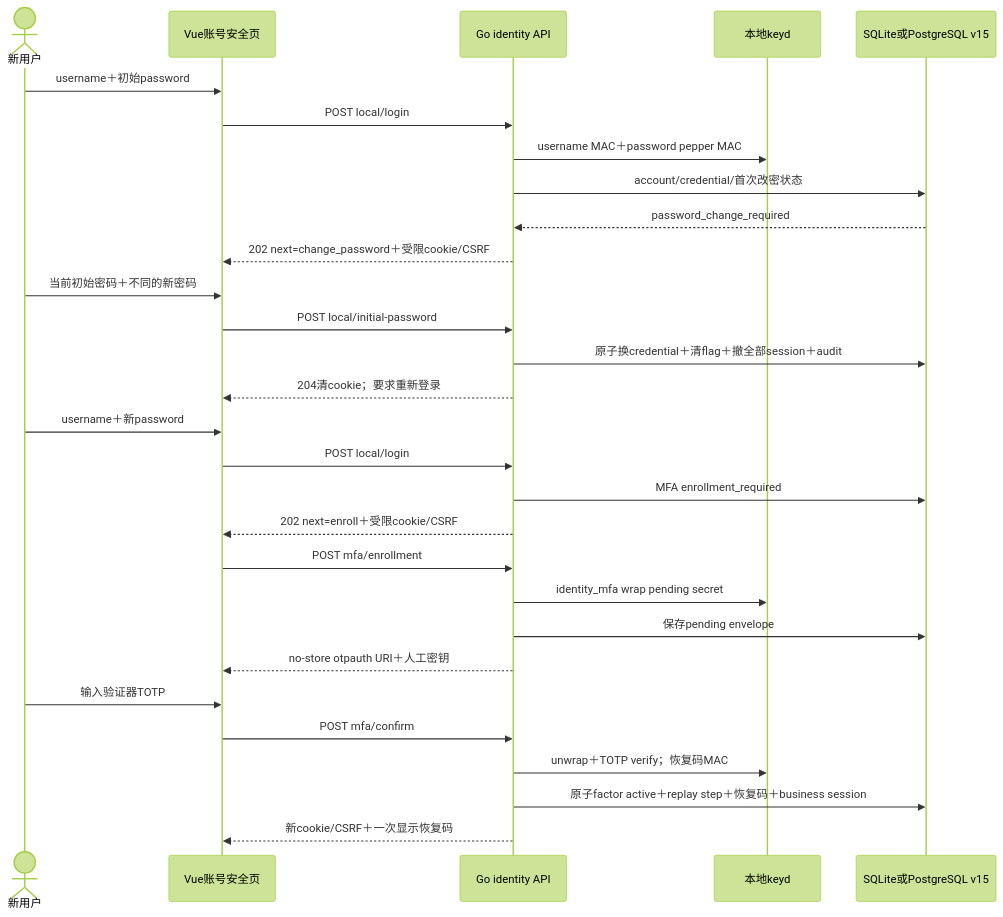
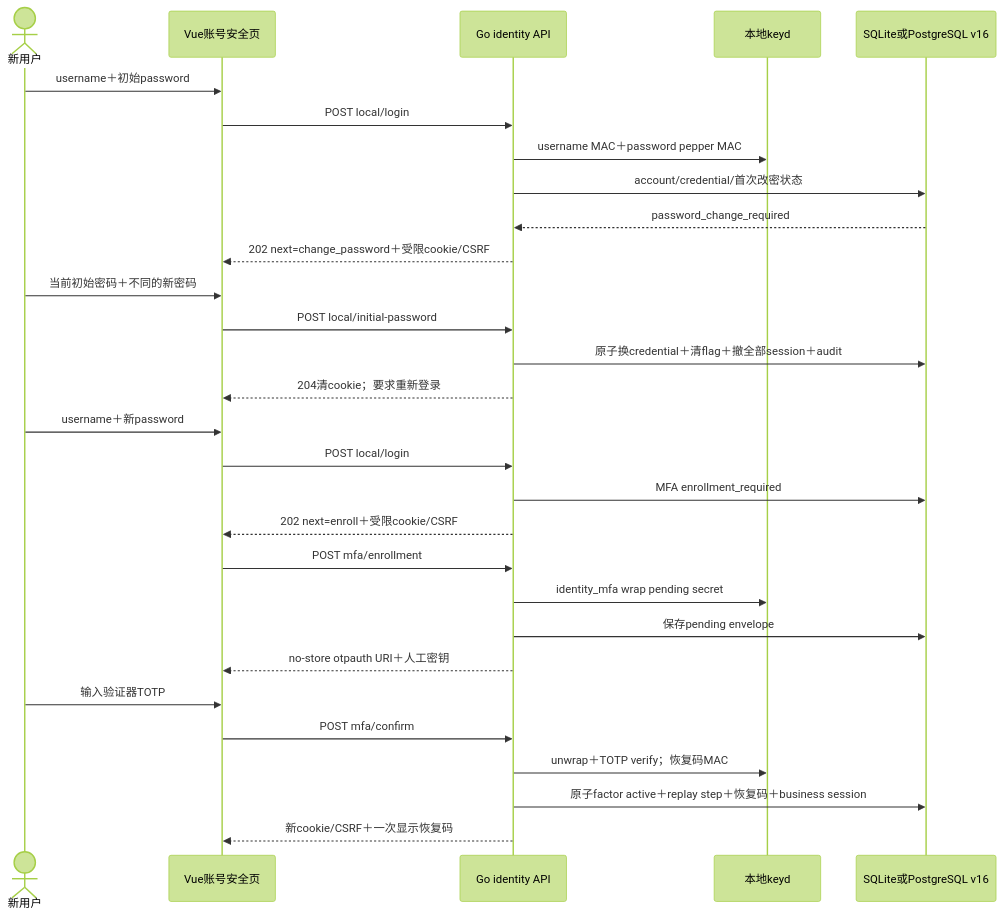
Diagram 11 of 14 in docs/TECHNICAL_SPEC.md (r404r/team-ledger-pub), drawn with Mermaid (forest theme) before and after one commit. The commit also changed other lines of this file and 6 other files, not shown here.

````diff
--- a/docs/TECHNICAL_SPEC.md
+++ b/docs/TECHNICAL_SPEC.md
@@ -1035,31 +1039,31 @@
 ```mermaid
 sequenceDiagram
     actor human as 新用户
     participant vue as Vue账号安全页
     participant api as Go identity API
     participant keyd as 本地keyd
-    participant db as SQLite或PostgreSQL v15
+    participant db as SQLite或PostgreSQL v16
     human->>vue: username＋初始password
     vue->>api: POST local/login
     api->>keyd: username MAC＋password pepper MAC
     api->>db: account/credential/首次改密状态
     db-->>api: password_change_required
     api-->>vue: 202 next=change_password＋受限cookie/CSRF
     human->>vue: 当前初始密码＋不同的新密码
     vue->>api: POST local/initial-password
     api->>db: 原子换credential＋清flag＋撤全部session＋audit
     api-->>vue: 204清cookie；要求重新登录
     human->>vue: username＋新password
     vue->>api: POST local/login
     api->>db: MFA enrollment_required
     api-->>vue: 202 next=enroll＋受限cookie/CSRF
     vue->>api: POST mfa/enrollment
     api->>keyd: identity_mfa wrap pending secret
     api->>db: 保存pending envelope
     api-->>vue: no-store otpauth URI＋人工密钥
     human->>vue: 输入验证器TOTP
     vue->>api: POST mfa/confirm
     api->>keyd: unwrap＋TOTP verify；恢复码MAC
     api->>db: 原子factor active＋replay step＋恢复码＋business session
     api-->>vue: 新cookie/CSRF＋一次显示恢复码
 ```
````
